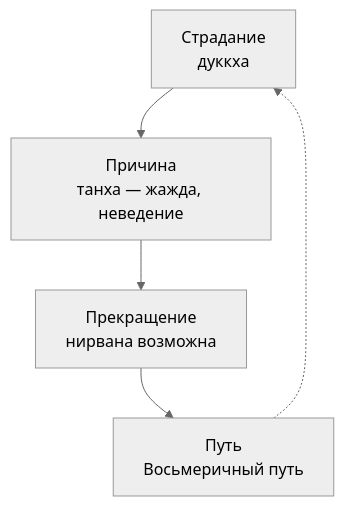
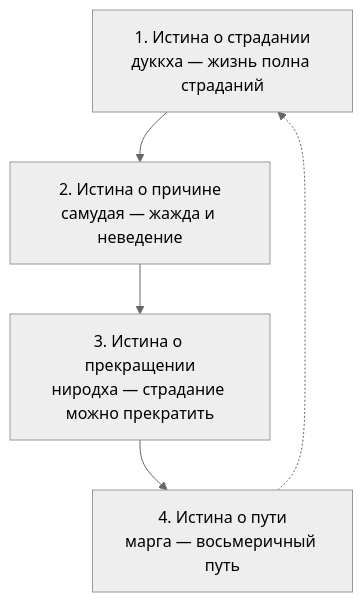
The second of 3 diagrams in 01_Дисциплины/07_Основы_Философии/02. Философия Древней Индии.md (JayStorm228/College), drawn with Mermaid (neutral theme) before and after one commit. The commit also changed other lines of this file and 12 other files, not shown here.

````diff
--- a/01_Дисциплины/07_Основы_Философии/02. Философия Древней Индии.md
+++ b/01_Дисциплины/07_Основы_Философии/02. Философия Древней Индии.md
@@ -113,7 +350,7 @@
 ```mermaid
 flowchart TD
-    S[Страдание<br>дуккха] --> P[Причина<br>танха — жажда, неведение]
-    P --> C[Прекращение<br>нирвана возможна]
-    C --> M[Путь<br>Восьмеричный путь]
+    S["1. Истина о страдании<br>дуккха — жизнь полна страданий"] --> P["2. Истина о причине<br>самудая — жажда и неведение"]
+    P --> C["3. Истина о прекращении<br>ниродха — страдание можно прекратить"]
+    C --> M["4. Истина о пути<br>марга — восьмеричный путь"]
     M -.-> S
 ```
````
